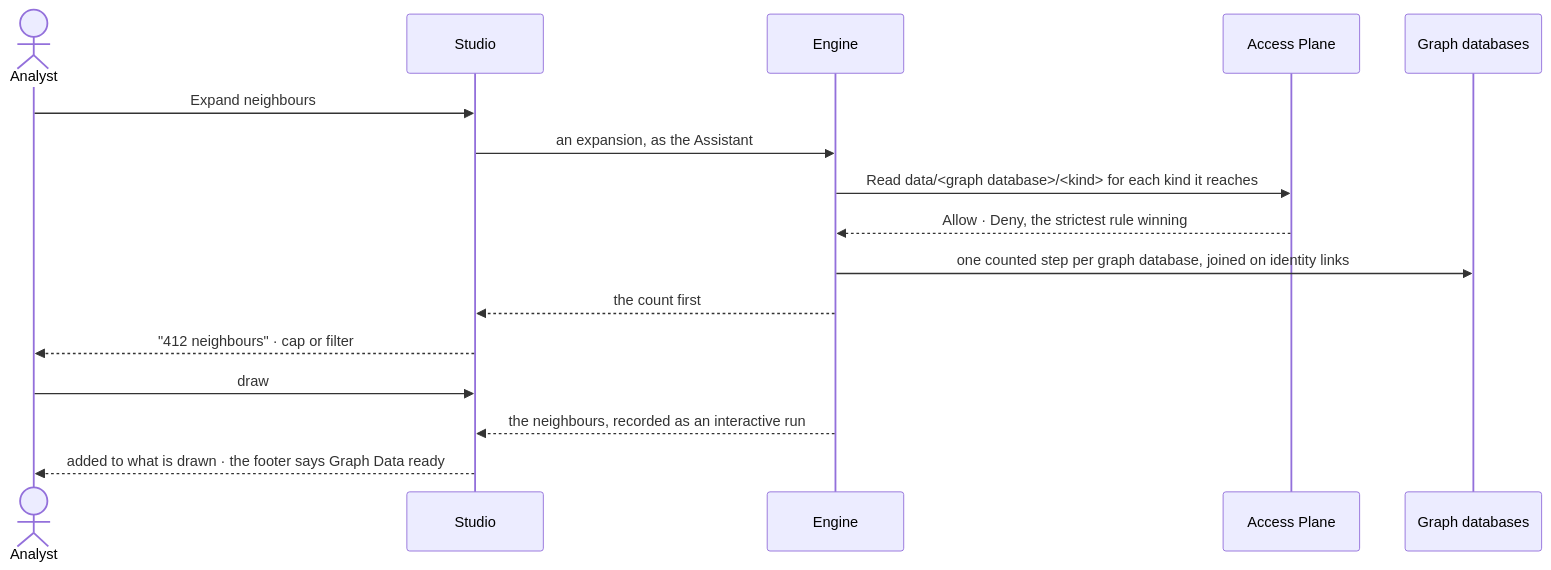
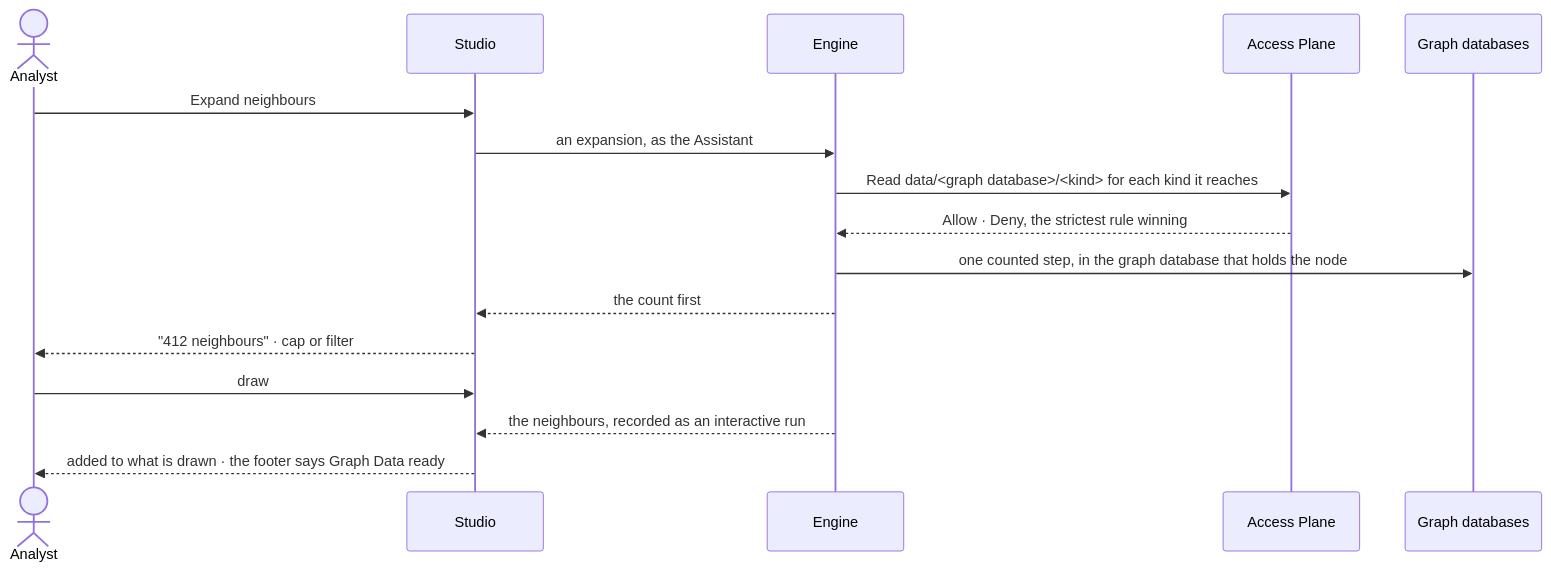
The second of 2 diagrams in specs/capabilities/explore/features/EX-F01-the-board-and-its-canvas/feature.md (invana/invana), drawn with Mermaid before and after one commit. The commit also changed other lines of this file and 54 other files, not shown here.

First line of the commit message:
docs(specs): many graph databases by access, links within one database, Model views restored

````diff
--- a/specs/capabilities/explore/features/EX-F01-the-board-and-its-canvas/feature.md
+++ b/specs/capabilities/explore/features/EX-F01-the-board-and-its-canvas/feature.md
@@ -52,18 +52,18 @@
 ```mermaid
 sequenceDiagram
   actor P as Analyst
   participant S as Studio
   participant E as Engine
   participant X as Access Plane
   participant G as Graph databases
   P->>S: Expand neighbours
   S->>E: an expansion, as the Assistant
   E->>X: Read data/<graph database>/<kind> for each kind it reaches
   X-->>E: Allow · Deny, the strictest rule winning
-  E->>G: one counted step per graph database, joined on identity links
+  E->>G: one counted step, in the graph database that holds the node
   E-->>S: the count first
   S-->>P: "412 neighbours" · cap or filter
   P->>S: draw
   E-->>S: the neighbours, recorded as an interactive run
   S-->>P: added to what is drawn · the footer says Graph Data ready
 ```
````
